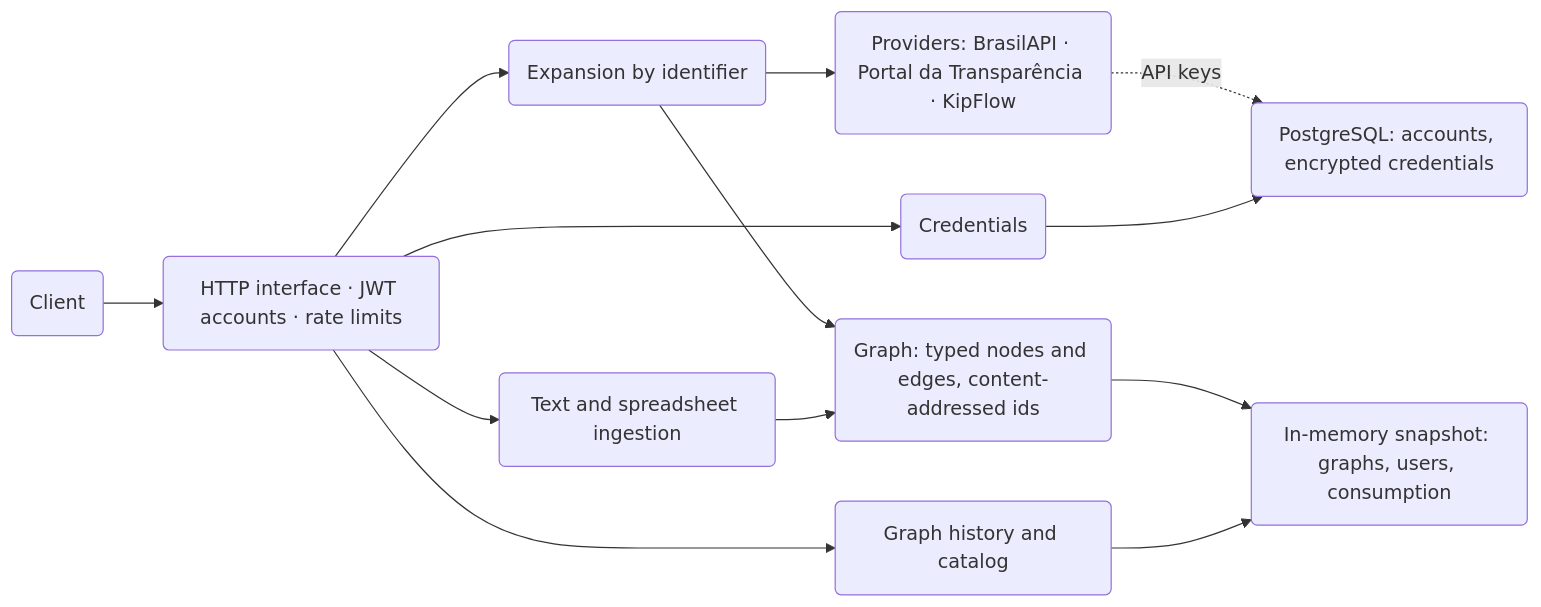
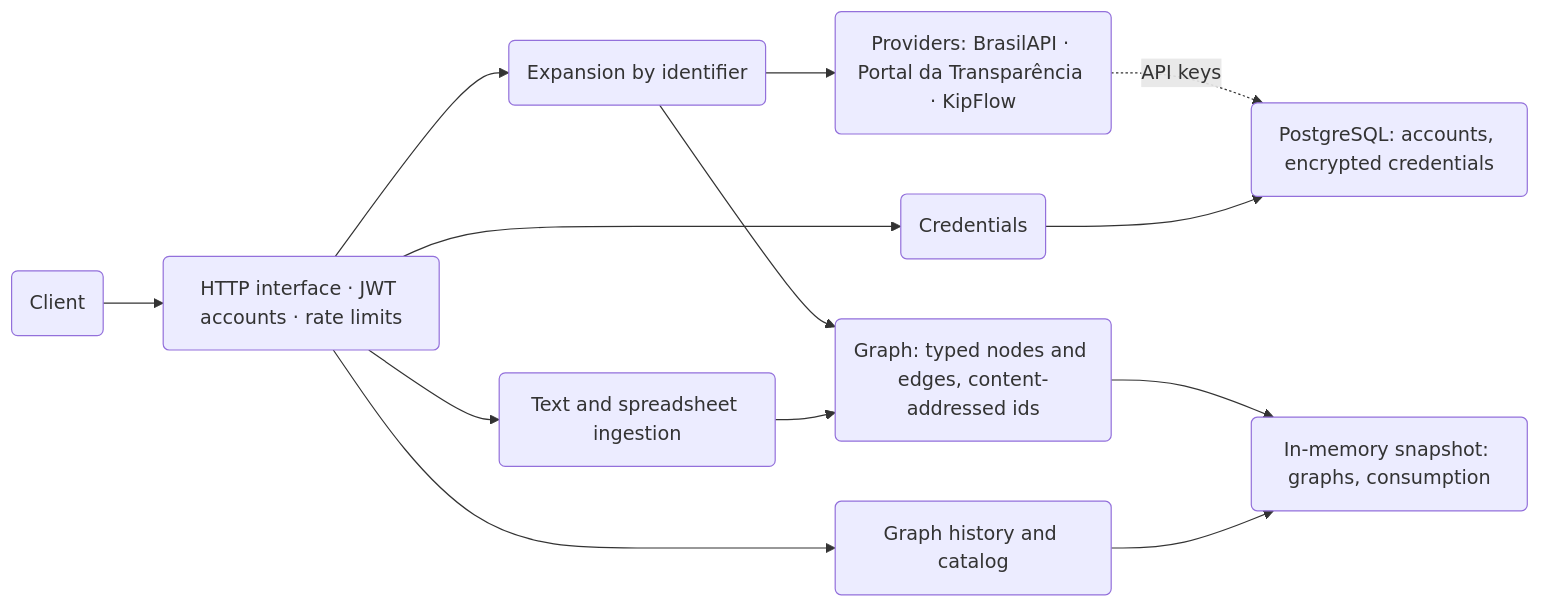
Before and after one commit to geldois/osint-engine: the diagram in README.md, drawn with Mermaid. The commit also changed other lines of this file and 41 other files, not shown here.

````diff
--- a/README.md
+++ b/README.md
@@ -27,15 +27,15 @@
 ```mermaid
 flowchart LR
     Client("Client") --> Interface("HTTP interface · JWT accounts · rate limits")
     Interface --> Expansion("Expansion by identifier")
     Interface --> Ingestion("Text and spreadsheet ingestion")
     Interface --> History("Graph history and catalog")
     Interface --> Credentials("Credentials")
     Expansion --> Providers("Providers: BrasilAPI · Portal da Transparência · KipFlow")
     Expansion --> Graph("Graph: typed nodes and edges, content-addressed ids")
     Ingestion --> Graph
-    Graph --> Snapshot("In-memory snapshot: graphs, users, consumption")
+    Graph --> Snapshot("In-memory snapshot: graphs, consumption")
     History --> Snapshot
     Providers -. "API keys" .-> Postgres("PostgreSQL: accounts, encrypted credentials")
     Credentials --> Postgres
 ```
````
